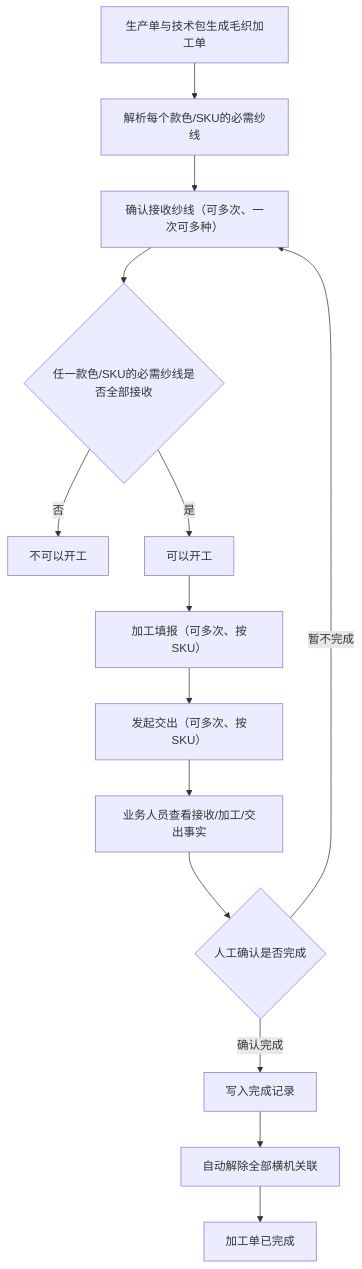
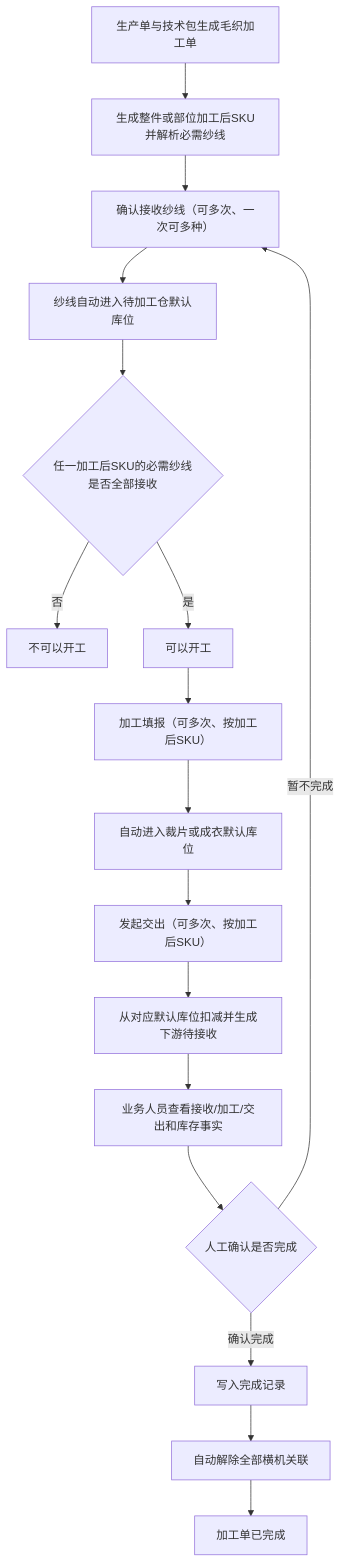
Before and after one commit to laoertongxue/higoods: the second of 3 diagrams in docs/superpowers/specs/2026-07-30-wool-management-fact-workflow-design.md, drawn with Mermaid. The commit also changed other lines of this file, not shown here.

````diff
--- a/docs/superpowers/specs/2026-07-30-wool-management-fact-workflow-design.md
+++ b/docs/superpowers/specs/2026-07-30-wool-management-fact-workflow-design.md
@@ -954,16 +1234,19 @@
 ```mermaid
 flowchart TD
-    A["生产单与技术包生成毛织加工单"] --> B["解析每个款色/SKU的必需纱线"]
+    A["生产单与技术包生成毛织加工单"] --> B["生成整件或部位加工后SKU并解析必需纱线"]
     B --> C["确认接收纱线（可多次、一次可多种）"]
-    C --> D{"任一款色/SKU的必需纱线是否全部接收"}
+    C --> C1["纱线自动进入待加工仓默认库位"]
+    C1 --> D{"任一加工后SKU的必需纱线是否全部接收"}
     D -- "否" --> E["不可以开工"]
     D -- "是" --> F["可以开工"]
-    F --> G["加工填报（可多次、按SKU）"]
-    G --> H["发起交出（可多次、按SKU）"]
-    H --> I["业务人员查看接收/加工/交出事实"]
+    F --> G["加工填报（可多次、按加工后SKU）"]
+    G --> G1["自动进入裁片或成衣默认库位"]
+    G1 --> H["发起交出（可多次、按加工后SKU）"]
+    H --> H1["从对应默认库位扣减并生成下游待接收"]
+    H1 --> I["业务人员查看接收/加工/交出和库存事实"]
     I --> J{"人工确认是否完成"}
     J -- "暂不完成" --> C
     J -- "确认完成" --> K["写入完成记录"]
     K --> L["自动解除全部横机关联"]
     L --> M["加工单已完成"]
 ```
````
